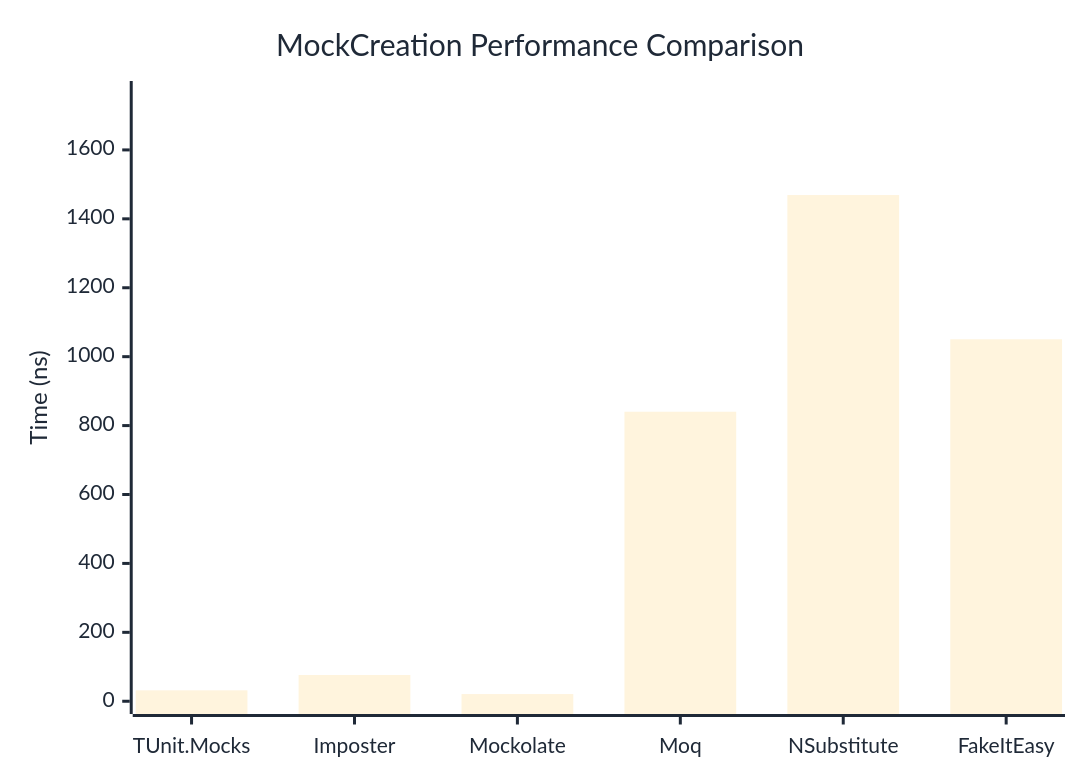
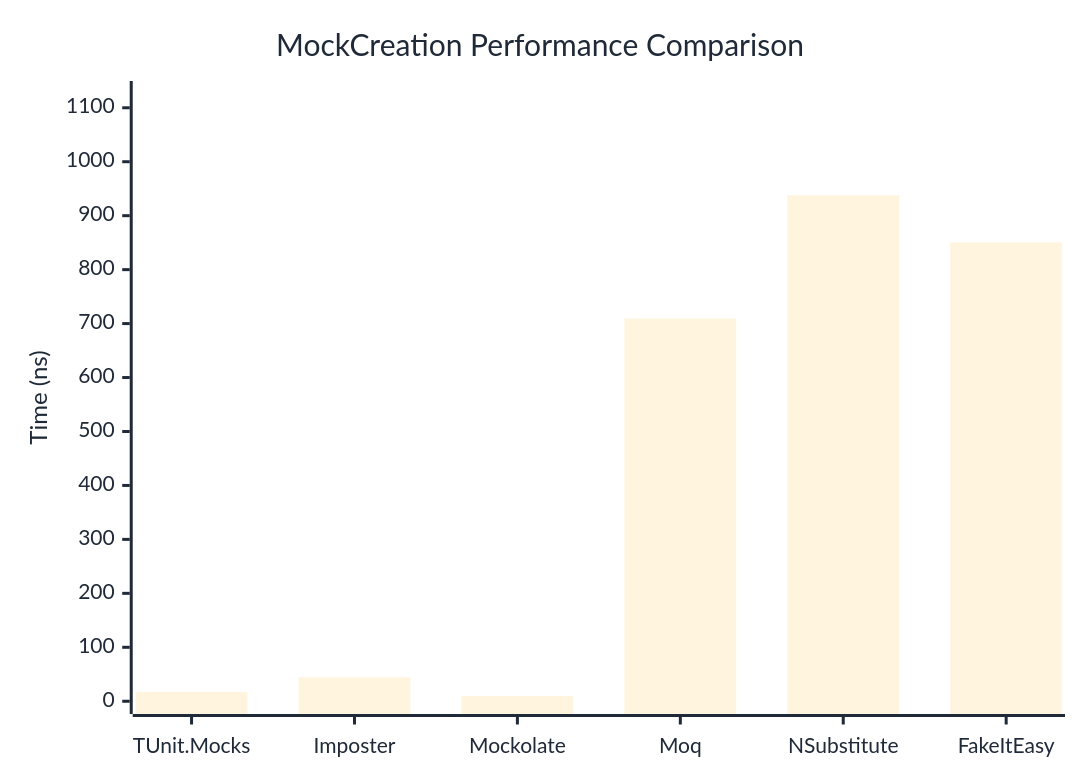
Before and after one commit to thomhurst/TUnit: the first of 2 diagrams in docs/docs/benchmarks/mocks/MockCreation.md, drawn with Mermaid. The commit also changed other lines of this file and 14 other files, not shown here.

````diff
--- a/docs/docs/benchmarks/mocks/MockCreation.md
+++ b/docs/docs/benchmarks/mocks/MockCreation.md
@@ -30,27 +30,27 @@
 ```mermaid
 %%{init: {
   'theme':'base',
   'themeVariables': {
     'primaryColor': '#2563eb',
     'primaryTextColor': '#1f2937',
     'primaryBorderColor': '#1e40af',
     'lineColor': '#6b7280',
     'secondaryColor': '#7c3aed',
     'tertiaryColor': '#dc2626',
     'background': '#ffffff',
     'pie1': '#2563eb',
     'pie2': '#7c3aed',
     'pie3': '#dc2626',
     'pie4': '#f59e0b',
     'pie5': '#10b981',
     'pie6': '#06b6d4',
     'pie7': '#ec4899',
     'pie8': '#6366f1'
   }
 }}%%
 xychart-beta
   title "MockCreation Performance Comparison"
   x-axis ["TUnit.Mocks", "Imposter", "Mockolate", "Moq", "NSubstitute", "FakeItEasy"]
-  y-axis "Time (ns)" 0 --> 1763
-  bar [31.72, 76.1, 20.82, 840.19, 1469.05, 1050.43]
+  y-axis "Time (ns)" 0 --> 1126
+  bar [17.361, 44.561, 9.573, 709.347, 937.918, 850.538]
 ```
````
